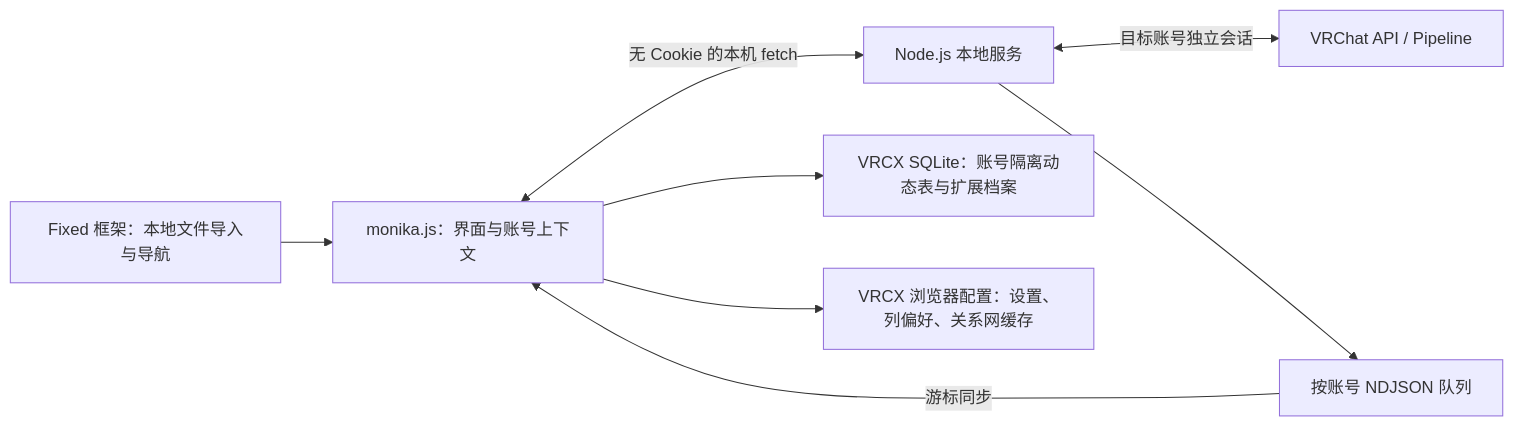
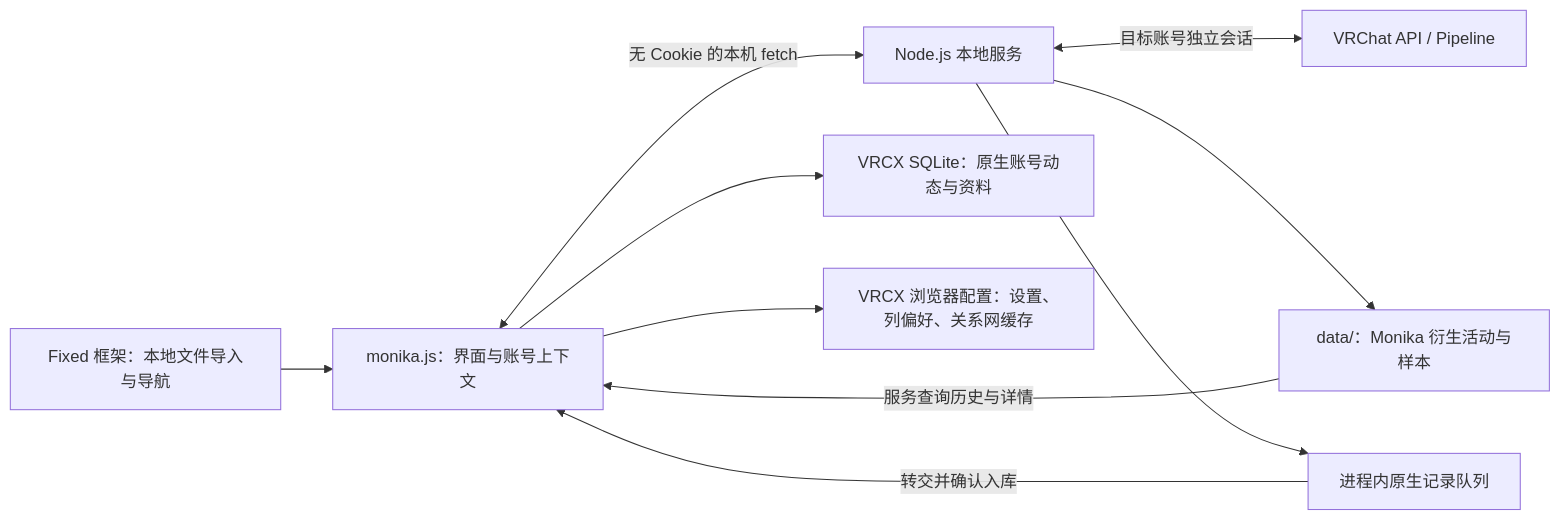
The diagram in docs/architecture.md (Tanorika/vrcx-plugin-monika), drawn with Mermaid before and after one commit. The commit also changed other lines of this file and 21 other files, not shown here.

Commit message:
fix: separate native VRCX storage from Monika derived records

````diff
--- a/docs/architecture.md
+++ b/docs/architecture.md
@@ -5,10 +5,12 @@
 ```mermaid
 flowchart LR
   Fixed["Fixed 框架：本地文件导入与导航"] --> Plugin["monika.js：界面与账号上下文"]
   Plugin <-->|无 Cookie 的本机 fetch| Service[Node.js 本地服务]
   Service <-->|目标账号独立会话| Cloud[VRChat API / Pipeline]
-  Service --> Queue[按账号 NDJSON 队列]
-  Queue -->|游标同步| Plugin
-  Plugin --> SQLite["VRCX SQLite：账号隔离动态表与扩展档案"]
+  Service --> Derived["data/：Monika 衍生活动与样本"]
+  Derived -->|服务查询历史与详情| Plugin
+  Service --> Native["进程内原生记录队列"]
+  Native -->|转交并确认入库| Plugin
+  Plugin --> SQLite["VRCX SQLite：原生账号动态与资料"]
   Plugin --> Browser["VRCX 浏览器配置：设置、列偏好、关系网缓存"]
 ```
````
